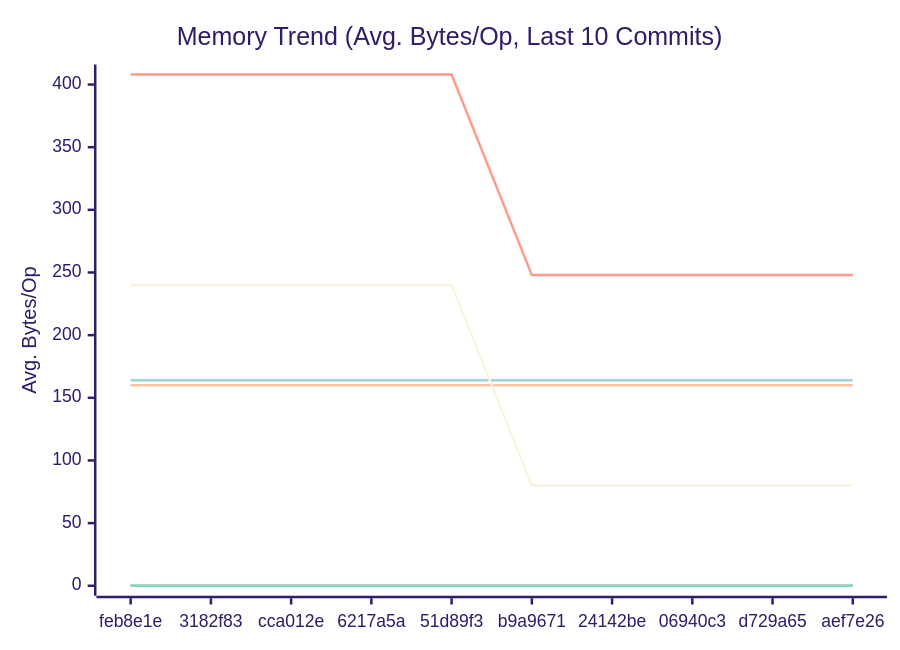
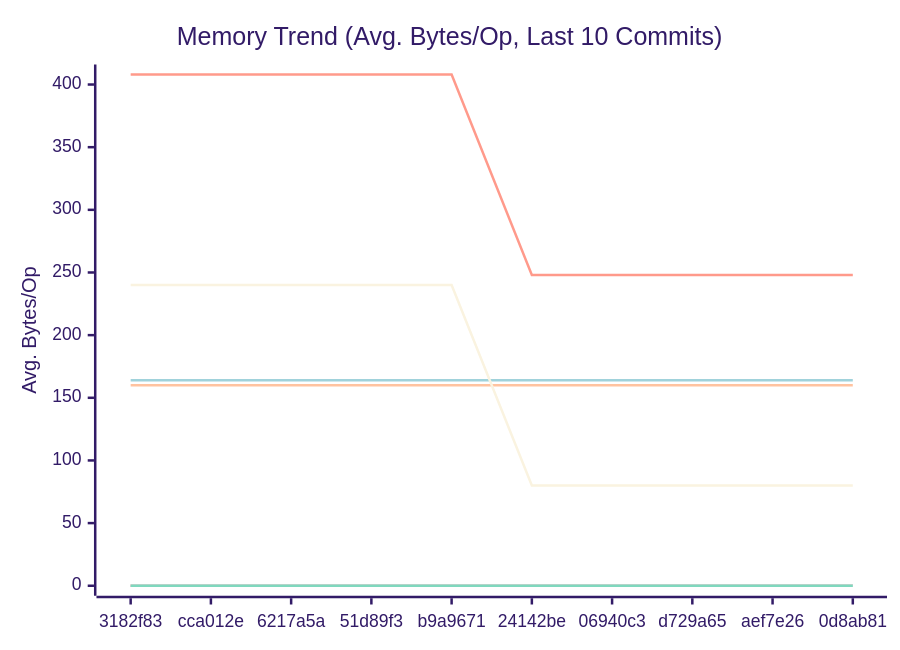
Before and after one commit to alsotoes/momo: the second of 3 diagrams in docs/PERFORMANCE.md, drawn with Mermaid (forest theme). The commit also changed other lines of this file and 4 other files, not shown here.

````diff
--- a/docs/PERFORMANCE.md
+++ b/docs/PERFORMANCE.md
@@ -97,16 +97,16 @@
 ```mermaid
 xychart-beta
     title "Memory Trend (Avg. Bytes/Op, Last 10 Commits)"
     x-axis "Commit"
     y-axis "Avg. Bytes/Op"
-    x-axis [feb8e1e,3182f83,cca012e,6217a5a,51d89f3,b9a9671,24142be,06940c3,d729a65,aef7e26]
+    x-axis [3182f83,cca012e,6217a5a,51d89f3,b9a9671,24142be,06940c3,d729a65,aef7e26,0d8ab81]
     line "CheckMetricsAndSwap" [0,0,0,0,0,0,0,0,0,0]
     line "CrushOptimized" [0,0,0,0,0,0,0,0,0,0]
     line "CrushOriginal" [164,164,164,164,164,164,164,164,164,164]
     line "IndexDirectTracking" [0,0,0,0,0,0,0,0,0,0]
     line "IndexSearch" [0,0,0,0,0,0,0,0,0,0]
     line "LoadGlobalConfig" [160,160,160,160,160,160,160,160,160,160]
     line "PadString" [0,0,0,0,0,0,0,0,0,0]
     line "ParseReplicationOrder_NoPrealloc" [408,408,408,408,408,248,248,248,248,248]
     line "ParseReplicationOrder_Prealloc" [240,240,240,240,240,80,80,80,80,80]
 ```
````
